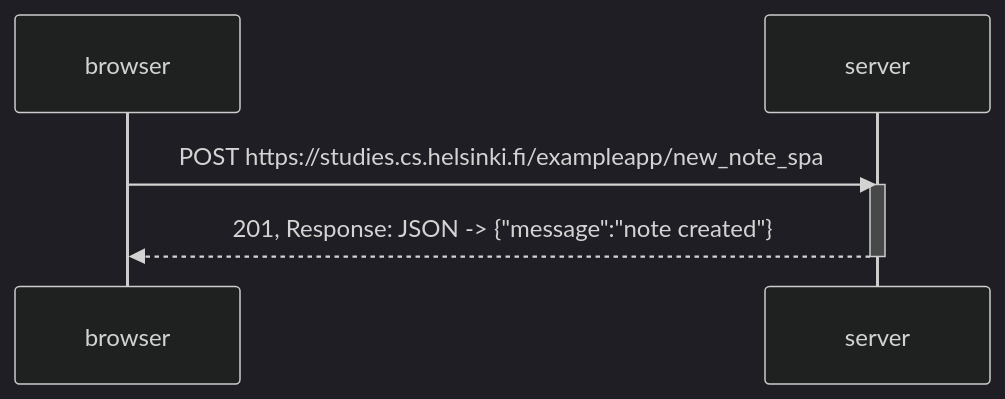
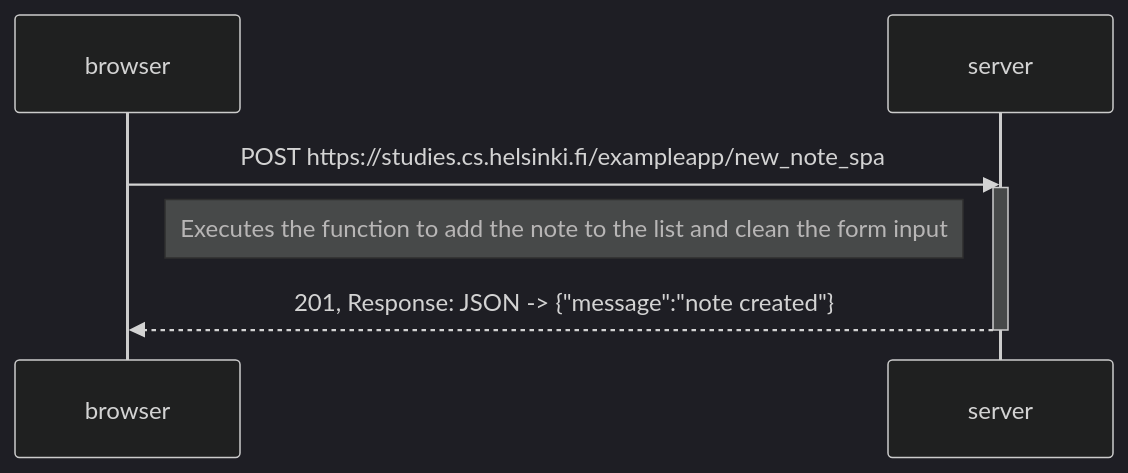
One commit to RamonVBN/helsinki-fullstack-open changed the diagram in part0/0.6.md. Above: the diagram before and after it, drawn with Mermaid (dark theme).

Commit message:
Add note execution description in 0.6.md

````diff
--- a/part0/0.6.md
+++ b/part0/0.6.md
@@ -1,10 +1,13 @@
 ```mermaid
 sequenceDiagram
     participant browser
     participant server
 
     browser->>server: POST https://studies.cs.helsinki.fi/exampleapp/new_note_spa
     activate server
+    Note right of browser: Executes the function to add the note to the list and clean the form input
     server-->>browser: 201, Response: JSON -> {"message":"note created"}
     deactivate server
+
+    
 ```
````
